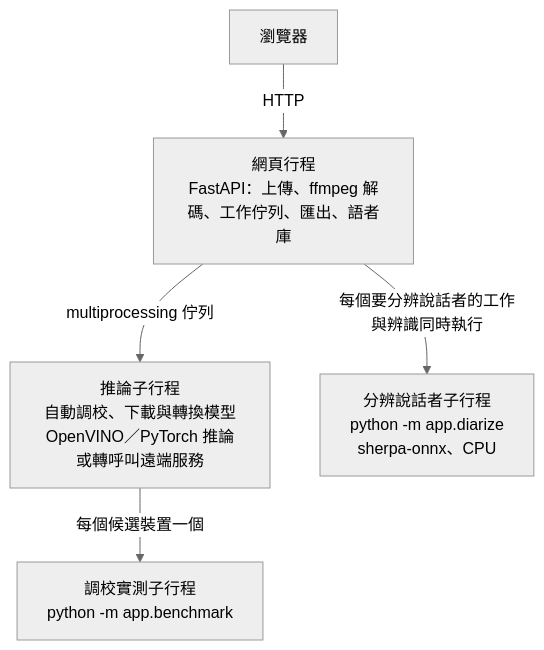
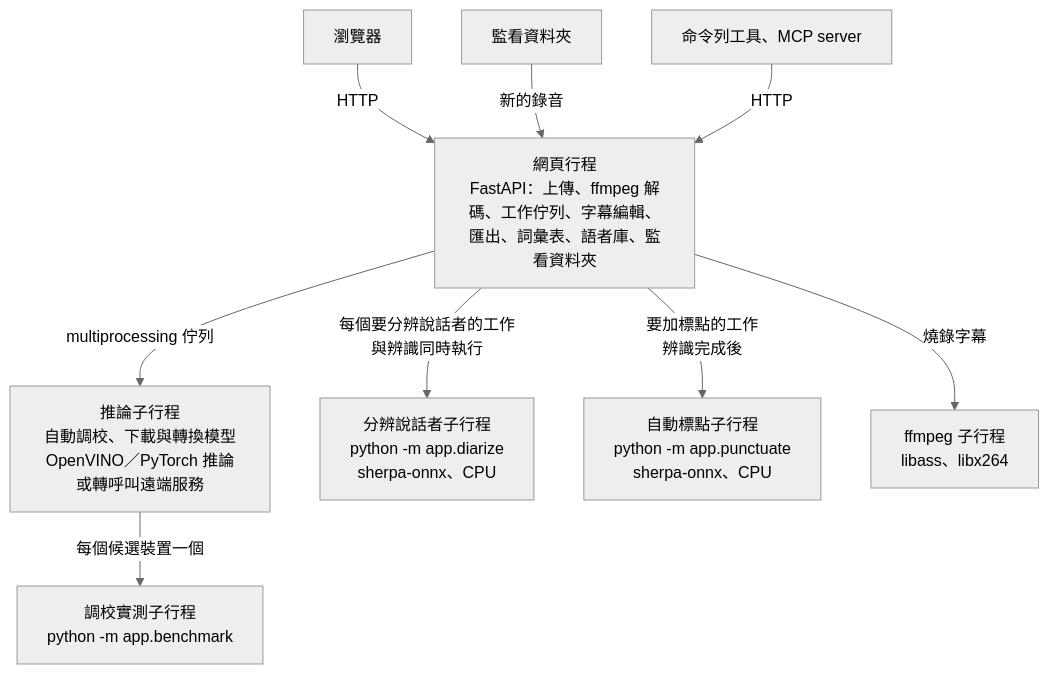
Before and after one commit to Scorpio-meow/Breeze-ASR: the diagram in docs/how-it-works.md, drawn with Mermaid (neutral theme). The commit also changed other lines of this file and 56 other files, not shown here.

````diff
--- a/docs/how-it-works.md
+++ b/docs/how-it-works.md
@@ -5,7 +5,11 @@
 ```mermaid
 flowchart TD
-    browser["瀏覽器"] -->|HTTP| web["網頁行程<br/>FastAPI：上傳、ffmpeg 解碼、工作佇列、匯出、語者庫"]
+    browser["瀏覽器"] -->|HTTP| web["網頁行程<br/>FastAPI：上傳、ffmpeg 解碼、工作佇列、字幕編輯、匯出、詞彙表、語者庫、監看資料夾"]
     web -->|multiprocessing 佇列| infer["推論子行程<br/>自動調校、下載與轉換模型<br/>OpenVINO／PyTorch 推論或轉呼叫遠端服務"]
     web -->|每個要分辨說話者的工作<br/>與辨識同時執行| diar["分辨說話者子行程<br/>python -m app.diarize<br/>sherpa-onnx、CPU"]
+    web -->|要加標點的工作<br/>辨識完成後| punct["自動標點子行程<br/>python -m app.punctuate<br/>sherpa-onnx、CPU"]
+    web -->|燒錄字幕| ffmpeg["ffmpeg 子行程<br/>libass、libx264"]
+    folder["監看資料夾"] -->|新的錄音| web
+    cli["命令列工具、MCP server"] -->|HTTP| web
     infer -->|每個候選裝置一個| bench["調校實測子行程<br/>python -m app.benchmark"]
 ```
````
